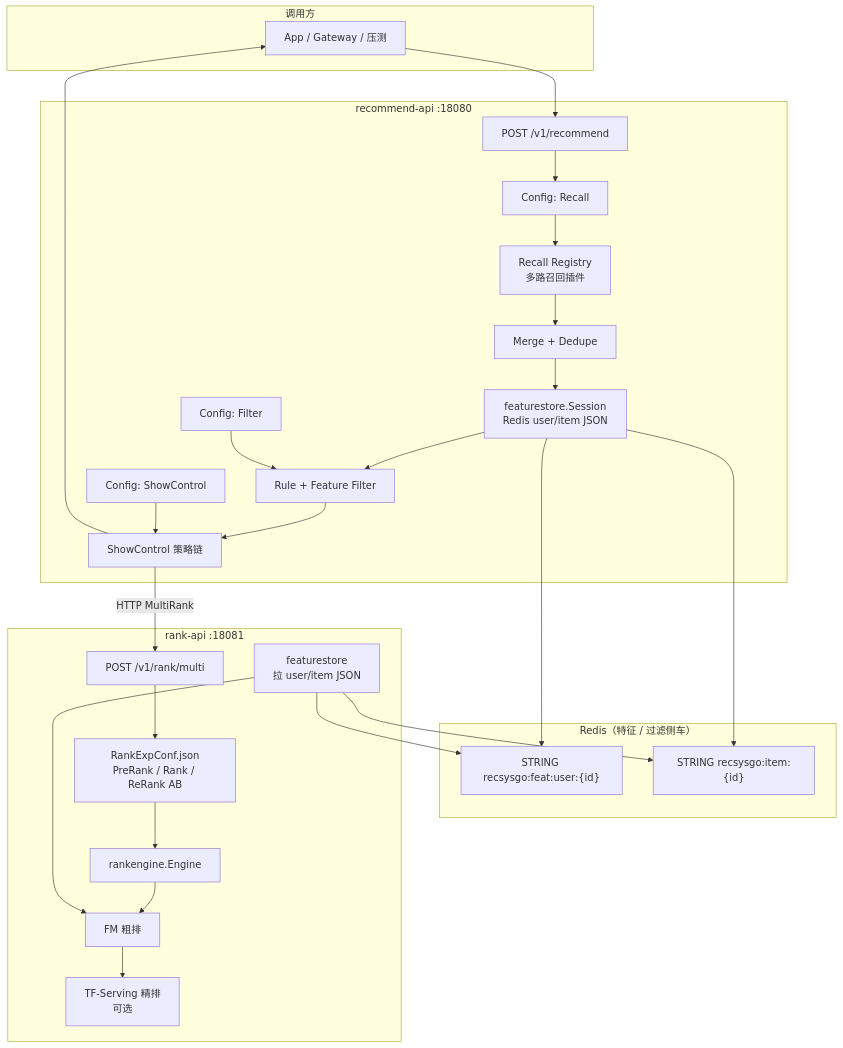
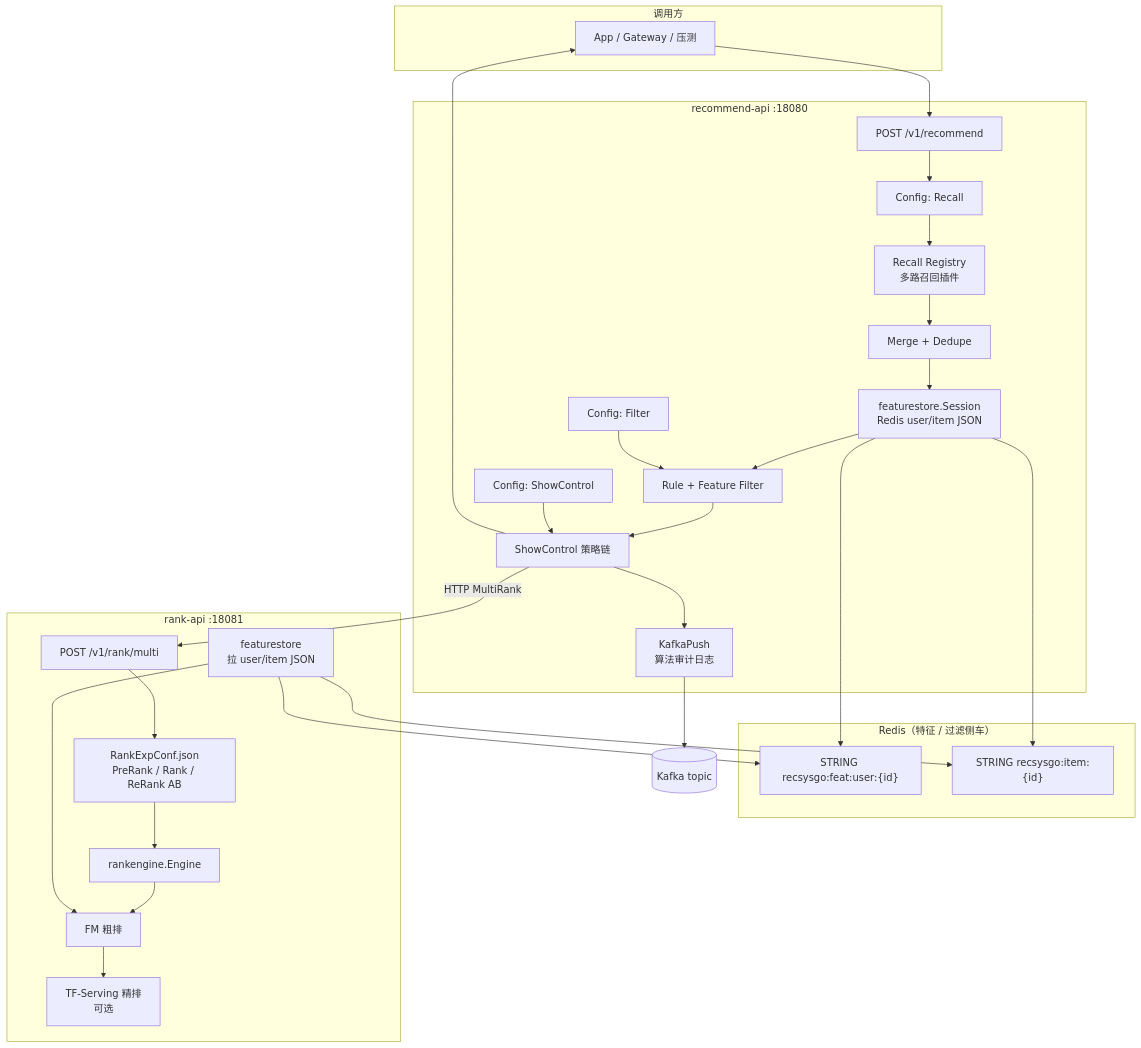
One commit to gerogexiongle/recsys_go changed the first of 6 diagrams in README.md. Above: the diagram before and after it, drawn with Mermaid. The commit also changed other lines of this file and 27 other files, not shown here.

````diff
--- a/README.md
+++ b/README.md
@@ -12,47 +12,50 @@
 ```mermaid
 flowchart TB
   subgraph Client["调用方"]
     APP[App / Gateway / 压测]
   end
 
   subgraph Recommend["recommend-api :18080"]
     API["POST /v1/recommend"]
     CFG_R["Config: Recall"]
     CFG_F["Config: Filter"]
     CFG_S["Config: ShowControl"]
     RECALL[Recall Registry<br/>多路召回插件]
     MERGE[Merge + Dedupe]
     FEAT_C["featurestore.Session<br/>Redis user/item JSON"]
     FILTER[Rule + Feature Filter]
     SHOW[ShowControl 策略链]
+    KAFKA[KafkaPush<br/>算法审计日志]
     API --> CFG_R --> RECALL --> MERGE
     MERGE --> FEAT_C --> FILTER --> SHOW
     CFG_F --> FILTER
     CFG_S --> SHOW
   end
 
   subgraph Redis["Redis（特征 / 过滤侧车）"]
     UK["STRING recsysgo:feat:user:{id}"]
     IK["STRING recsysgo:item:{id}"]
   end
 
   subgraph Rank["rank-api :18081"]
     RAPI["POST /v1/rank/multi"]
     EXP["RankExpConf.json<br/>PreRank / Rank / ReRank AB"]
     ENG["rankengine.Engine"]
     FM["FM 粗排"]
     TF["TF-Serving 精排<br/>可选"]
     RAPI --> EXP --> ENG
     ENG --> FM --> TF
     FEAT_R["featurestore<br/>拉 user/item JSON"]
     FEAT_R --> FM
   end
 
   APP --> API
   FEAT_C --> UK
   FEAT_C --> IK
   SHOW -->|HTTP MultiRank| RAPI
+  SHOW --> KAFKA
   FEAT_R --> UK
   FEAT_R --> IK
   SHOW --> APP
+  KAFKA --> Kafka[(Kafka topic)]
 ```
````
